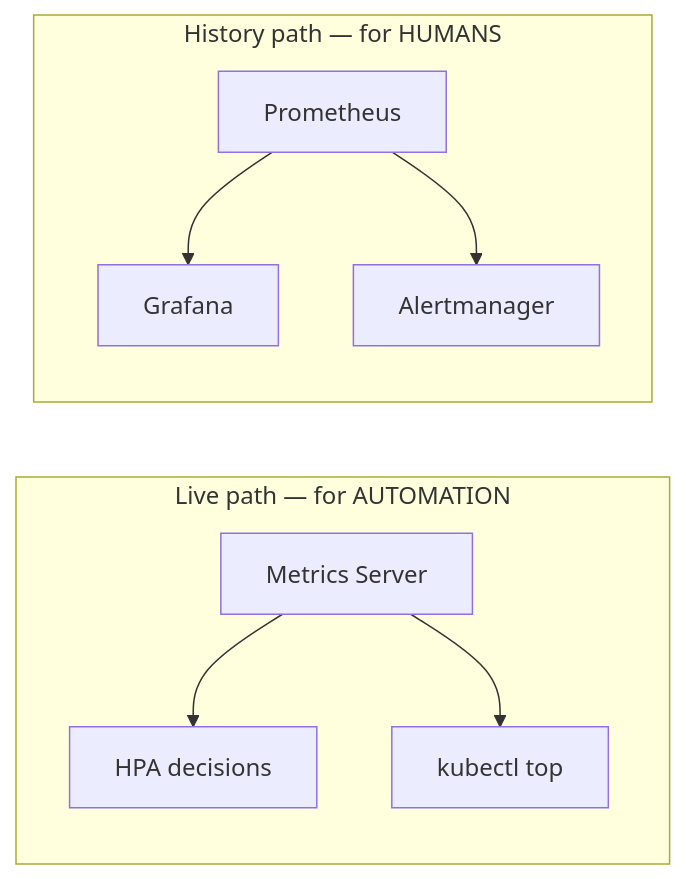
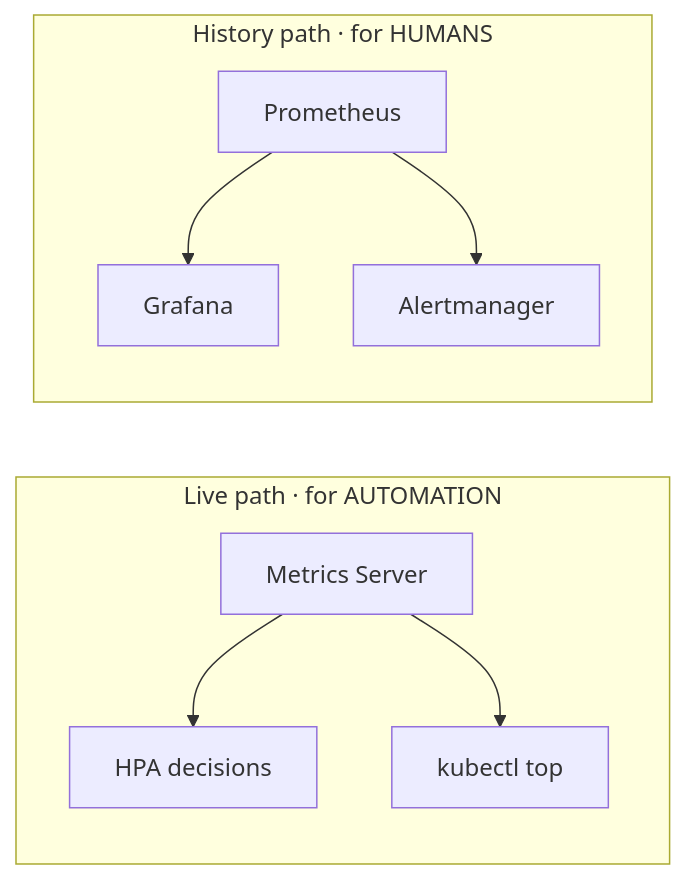
The first of 2 diagrams in docs/monitoring/README.md (Amith-Ganta/FastAPI-ML-EKS-Platform), drawn with Mermaid before and after one commit. The commit also changed other lines of this file, not shown here.

Commit message:
docs(monitoring): tidy punctuation across the two-metric-path writeup

````diff
--- a/docs/monitoring/README.md
+++ b/docs/monitoring/README.md
@@ -10,11 +10,11 @@
 ```mermaid
 flowchart LR
-    subgraph Live["Live path — for AUTOMATION"]
+    subgraph Live["Live path · for AUTOMATION"]
         MS[Metrics Server] --> HPA[HPA decisions]
         MS --> TOP[kubectl top]
     end
-    subgraph History["History path — for HUMANS"]
+    subgraph History["History path · for HUMANS"]
         PROM[Prometheus] --> GRAF[Grafana]
         PROM --> AM[Alertmanager]
     end
 ```
````
